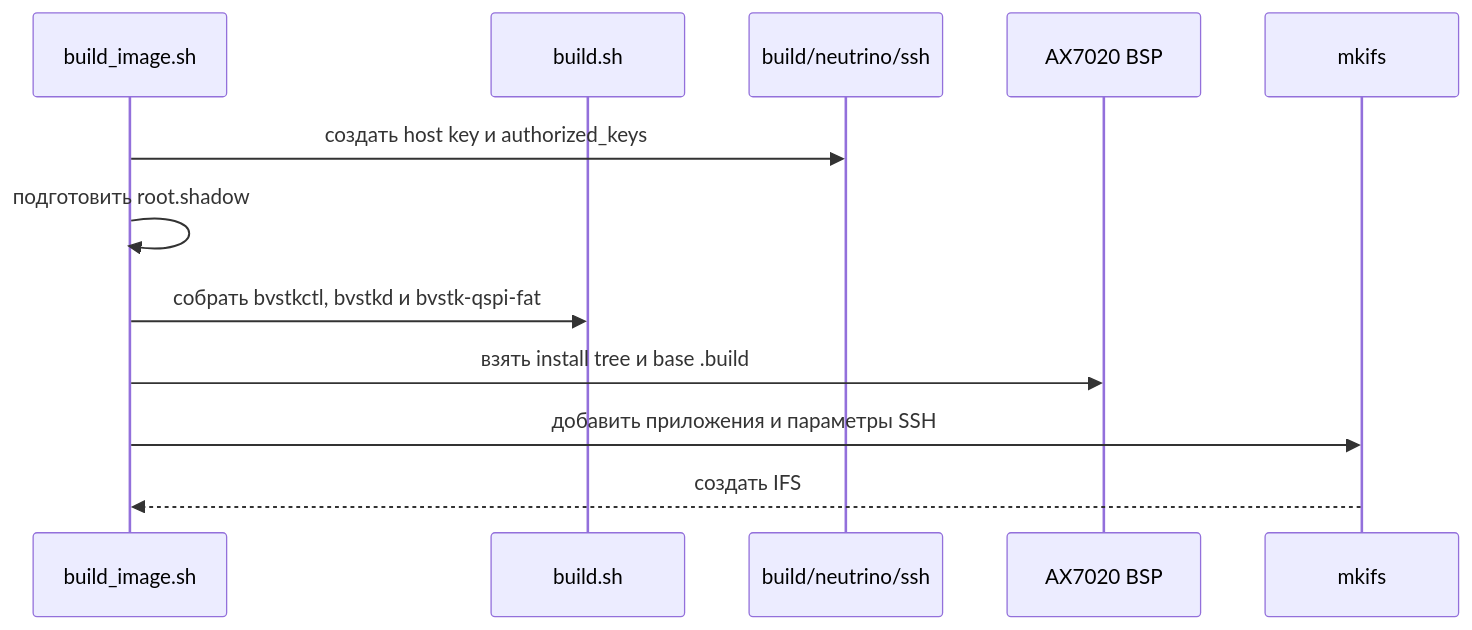
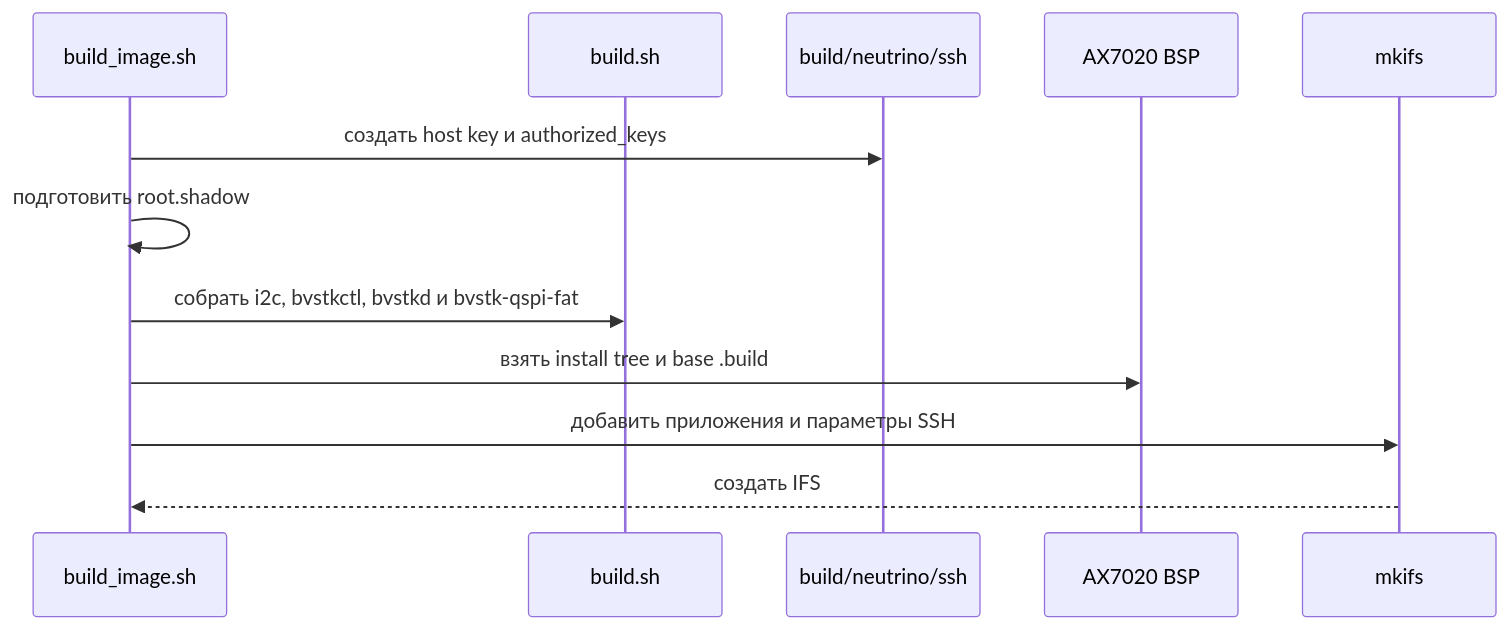
The second of 2 diagrams in docs/dev/build.md (igtrefilov/bvstk), drawn with Mermaid before and after one commit. The commit also changed other lines of this file and 46 other files, not shown here.

````diff
--- a/docs/dev/build.md
+++ b/docs/dev/build.md
@@ -164,15 +164,15 @@
 ```mermaid
 sequenceDiagram
     participant Build as build_image.sh
     participant Apps as build.sh
     participant Keys as build/neutrino/ssh
     participant BSP as AX7020 BSP
     participant Mkifs as mkifs
 
     Build->>Keys: создать host key и authorized_keys
     Build->>Build: подготовить root.shadow
-    Build->>Apps: собрать bvstkctl, bvstkd и bvstk-qspi-fat
+    Build->>Apps: собрать i2c, bvstkctl, bvstkd и bvstk-qspi-fat
     Build->>BSP: взять install tree и base .build
     Build->>Mkifs: добавить приложения и параметры SSH
     Mkifs-->>Build: создать IFS
 ```
````
